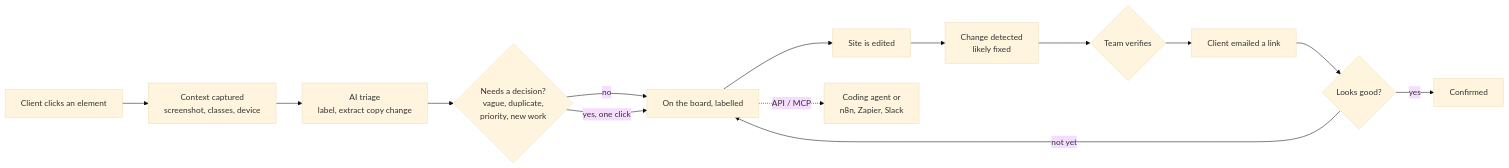
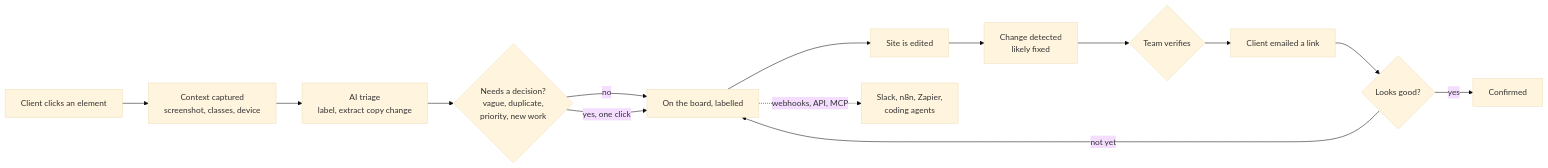
Before and after one commit to n-3-0-l-d-3-v/basefeed: the first of 4 diagrams in README.md, drawn with Mermaid (base theme). The commit also changed other lines of this file, not shown here.

Commit message:
docs: README with system, sequence and data-model diagrams, security model, integrations and measured guarantees

````diff
--- a/README.md
+++ b/README.md
@@ -66,16 +35,16 @@
 ```mermaid
 flowchart LR
   A[Client clicks an element] --> B[Context captured<br/>screenshot, classes, device]
   B --> C[AI triage<br/>label, extract copy change]
   C --> D{Needs a decision?<br/>vague, duplicate,<br/>priority, new work}
   D -- no --> E[On the board, labelled]
   D -- yes, one click --> E
   E --> F[Site is edited]
   F --> G[Change detected<br/>likely fixed]
   G --> H{Team verifies}
   H --> I[Client emailed a link]
   I --> J{Looks good?}
   J -- yes --> K[Confirmed]
   J -- not yet --> E
-  E -. API / MCP .-> L[Coding agent or<br/>n8n, Zapier, Slack]
+  E -. webhooks, API, MCP .-> L[Slack, n8n, Zapier,<br/>coding agents]
 ```
````
